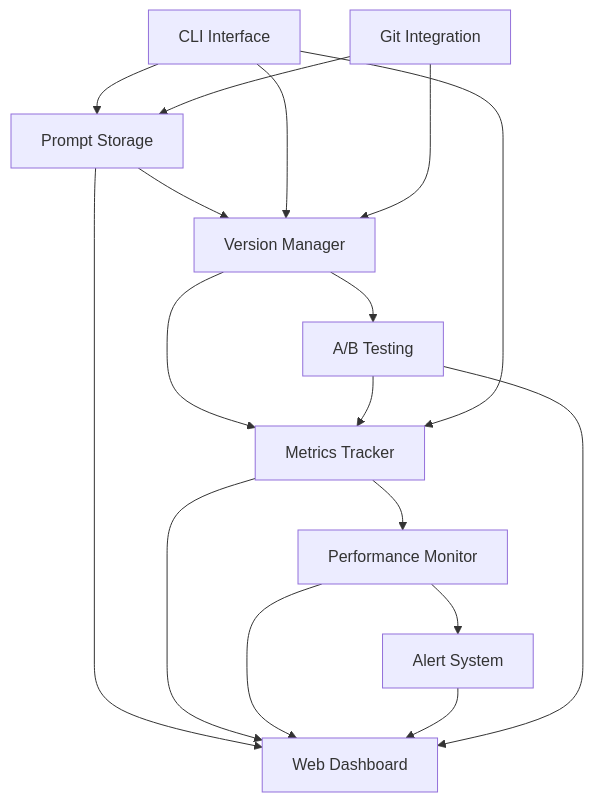
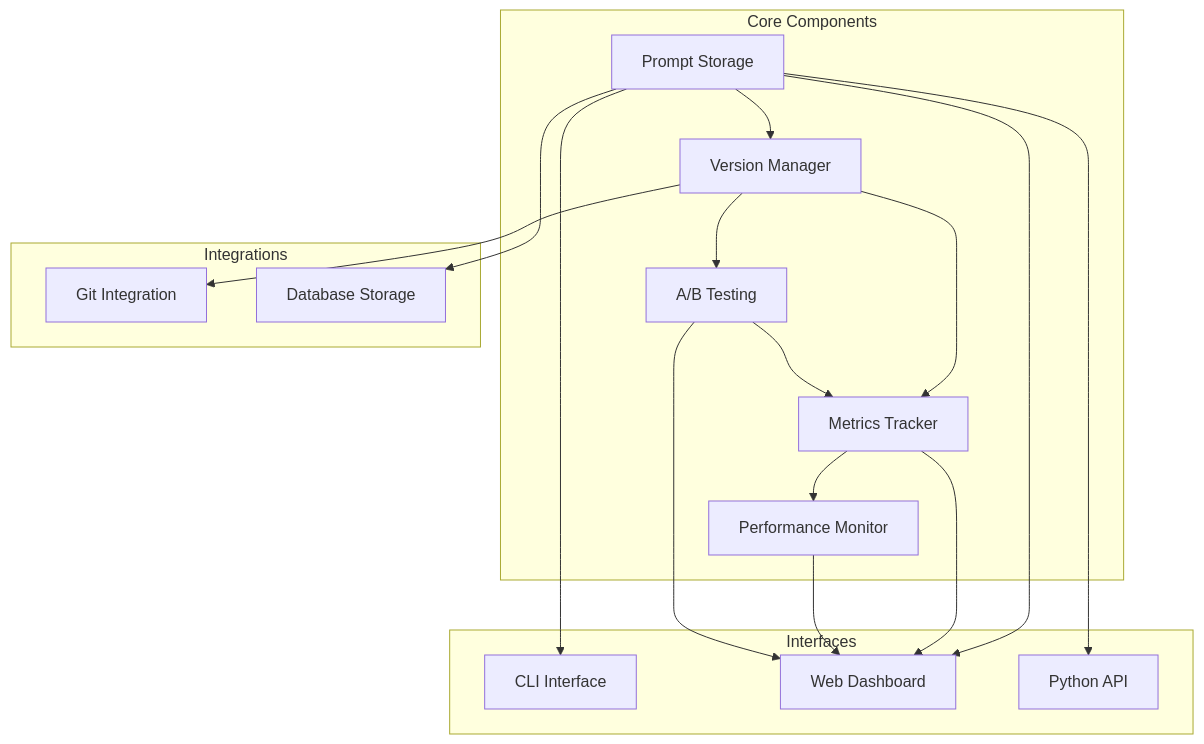
One commit to pepes97/prompt-versioner changed the first of 2 diagrams in docs/user-guide/core-concepts.md. Above: the diagram before and after it, drawn with Mermaid. The commit also changed other lines of this file and 35 other files, not shown here.

Commit message:
Refactor documentation: Remove outdated sections on metrics tracking, performance monitoring, version management, and web dashboard; streamline best practices and examples for clarity and relevance.

````diff
--- a/docs/user-guide/core-concepts.md
+++ b/docs/user-guide/core-concepts.md
@@ -9,23 +9,30 @@
 ```mermaid
 graph TB
-    A[Prompt Storage] --> B[Version Manager]
-    B --> C[Metrics Tracker]
-    C --> D[Performance Monitor]
-    D --> E[Alert System]
+    subgraph "Core Components"
+        A[Prompt Storage] --> B[Version Manager]
+        B --> C[Metrics Tracker]
+        C --> D[Performance Monitor]
+        B --> E[A/B Testing]
+        E --> C
+    end
 
-    B --> F[A/B Testing]
-    F --> C
+    subgraph "Interfaces"
+        F[CLI Interface]
+        G[Web Dashboard]
+        H[Python API]
+    end
 
-    A --> G[Web Dashboard]
+    subgraph "Integrations"
+        I[Git Integration]
+        J[Database Storage]
+    end
+
+    A --> F
+    A --> G
+    A --> H
+    B --> I
+    A --> J
     C --> G
     D --> G
     E --> G
-    F --> G
-
-    H[CLI Interface] --> A
-    H --> B
-    H --> C
-
-    I[Git Integration] --> A
-    I --> B
 ```
````
